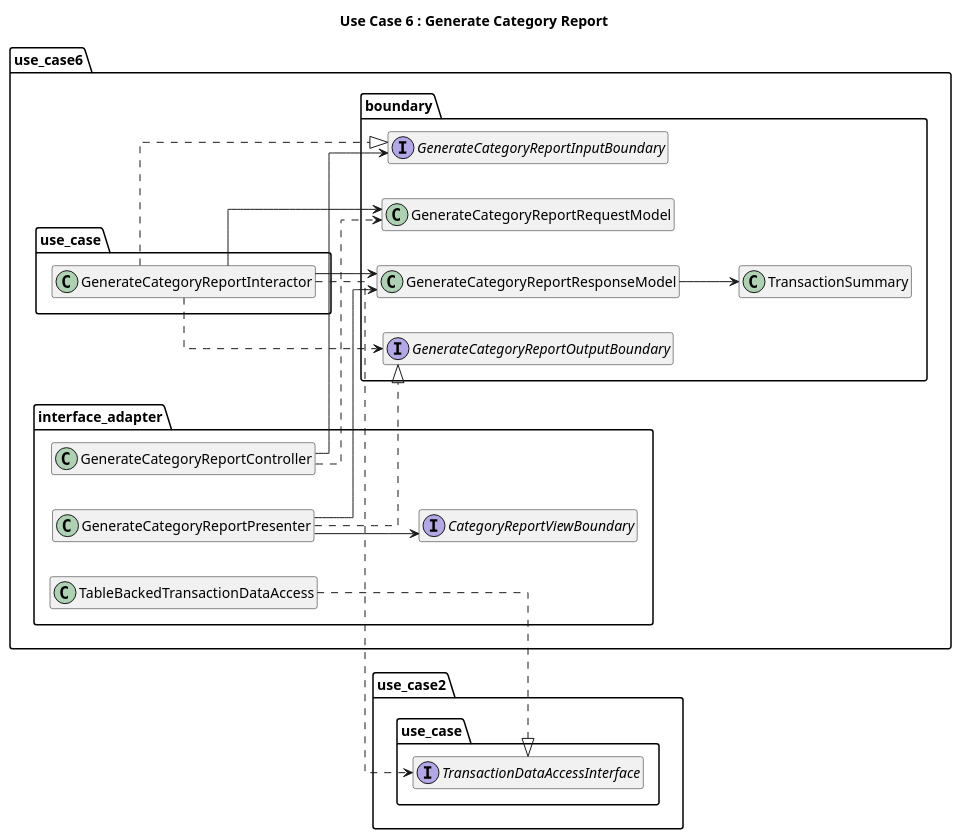
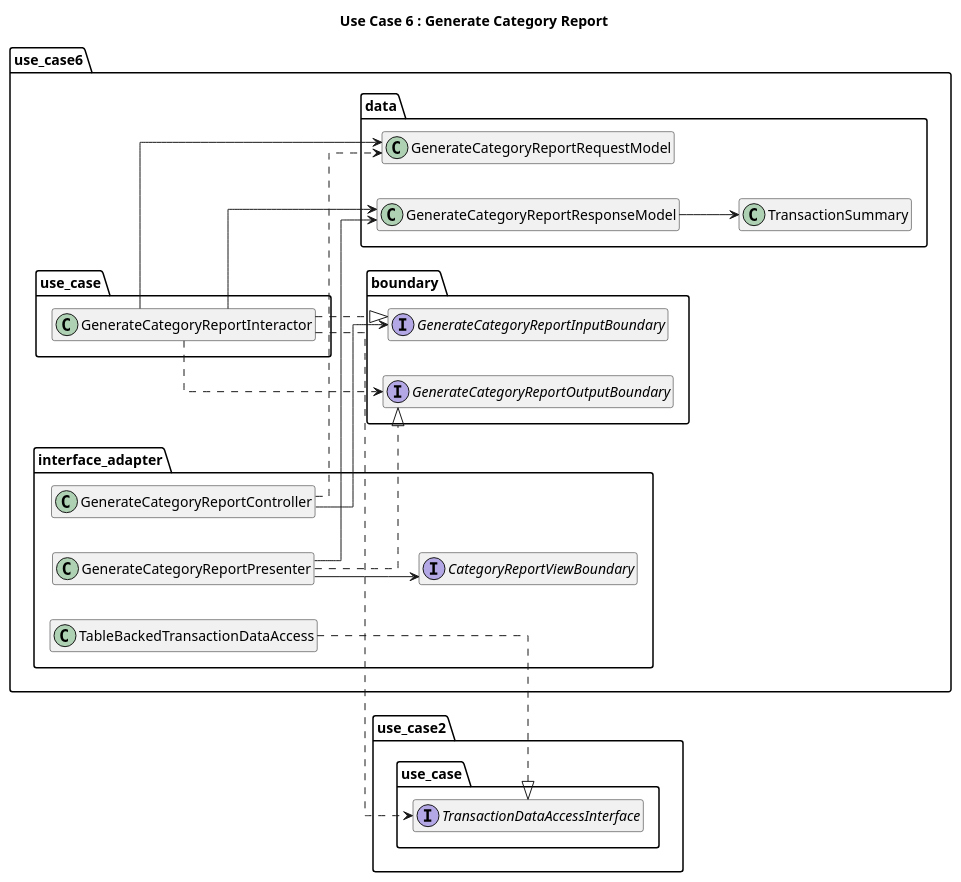
One commit to Cynthiazhu1003/team-project changed the diagram in src/docs/uml/use_case6_class_diagram.puml. Above: the diagram before and after it, drawn with PlantUML. The commit also changed 9 other files, not shown here.

```diff
--- a/src/docs/uml/use_case6_class_diagram.puml
+++ b/src/docs/uml/use_case6_class_diagram.puml
@@ -1,155 +1,159 @@
 @startuml use_case6_generate_category_report
 title Use Case 6 : Generate Category Report
-hide methods          
-hide fields         
+hide methods
+hide fields
 skinparam linetype ortho
 left to right direction
 
 ' ===== External dependency (from use_case2) =====
 package "use_case2.use_case" {
   interface TransactionDataAccessInterface {
     +save(t: Transaction)
     +getAllTransactions()
     +update(t: Transaction)
     +delete(t: Transaction)
     +deleteByIndex(index: int)
   }
 }
 
 ' ===== use_case6.boundary =====
 package "use_case6.boundary" {
 
   interface GenerateCategoryReportInputBoundary {
     +generateReport(requestModel: GenerateCategoryReportRequestModel)
   }
 
   interface GenerateCategoryReportOutputBoundary {
     +present(responseModel: GenerateCategoryReportResponseModel)
     +presentError(message: String)
   }
+}
+
+' ===== use_case6.data =====
+package "use_case6.data" {
 
   class GenerateCategoryReportRequestModel {
     -category: String
     -daysBack: int
     -today: LocalDate
 
     +GenerateCategoryReportRequestModel(category: String, daysBack: int, today: LocalDate)
     +getCategory(): String
     +getDaysBack(): int
     +getToday(): LocalDate
   }
 
   class GenerateCategoryReportResponseModel {
     -category: String
     -startDate: LocalDate
     -endDate: LocalDate
     -totalAmount: double
     -transactionCount: int
     -transactions: List
 
     +GenerateCategoryReportResponseModel(
       category: String,
       startDate: LocalDate,
       endDate: LocalDate,
       totalAmount: double,
       transactionCount: int,
       transactions: List
     )
 
     +getCategory(): String
     +getStartDate(): LocalDate
     +getEndDate(): LocalDate
     +getTotalAmount(): double
     +getTransactionCount(): int
     +getTransactions(): List
   }
 
   class TransactionSummary {
     -date: LocalDate
     -description: String
     -amount: double
 
     +TransactionSummary(date: LocalDate, description: String, amount: double)
     +getDate(): LocalDate
     +getDescription(): String
     +getAmount(): double
   }
 }
 
 ' ===== use_case6.use_case =====
 package "use_case6.use_case" {
 
   class GenerateCategoryReportInteractor {
     -transactionGateway: TransactionDataAccessInterface
     -presenter: GenerateCategoryReportOutputBoundary
 
     +GenerateCategoryReportInteractor(
       transactionGateway: TransactionDataAccessInterface,
       presenter: GenerateCategoryReportOutputBoundary
     )
 
     +generateReport(requestModel: GenerateCategoryReportRequestModel)
   }
 
   GenerateCategoryReportInteractor ..|> GenerateCategoryReportInputBoundary
 }
 
 ' ===== use_case6.interface_adapter =====
 package "use_case6.interface_adapter" {
 
   interface CategoryReportViewBoundary {
     +showReport(responseModel: GenerateCategoryReportResponseModel)
     +showError(message: String)
   }
 
   class GenerateCategoryReportController {
     -interactor: GenerateCategoryReportInputBoundary
 
     +GenerateCategoryReportController(interactor: GenerateCategoryReportInputBoundary)
     +generate(category: String, daysBack: int)
   }
 
   class GenerateCategoryReportPresenter {
     -view: CategoryReportViewBoundary
 
     +GenerateCategoryReportPresenter(view: CategoryReportViewBoundary)
     +present(responseModel: GenerateCategoryReportResponseModel)
     +presentError(message: String)
   }
 
   class TableBackedTransactionDataAccess {
     -transactionTable: JTable
 
     +TableBackedTransactionDataAccess(transactionTable: JTable)
     +save(t: Transaction)
     +getAllTransactions()
     +update(t: Transaction)
     +delete(t: Transaction)
     +deleteByIndex(index: int)
     -parseUiDate(dateString: String): LocalDate
   }
 
   GenerateCategoryReportPresenter ..|> GenerateCategoryReportOutputBoundary
   TableBackedTransactionDataAccess ..|> TransactionDataAccessInterface
 }
 
 ' ===== Relationships between classes =====
 
-' Interactor <-> boundary models
+' Interactor <-> data models
 GenerateCategoryReportInteractor --> GenerateCategoryReportRequestModel
 GenerateCategoryReportInteractor --> GenerateCategoryReportResponseModel
 GenerateCategoryReportResponseModel --> TransactionSummary
 
 ' Interactor depends on gateway + presenter
 GenerateCategoryReportInteractor ..> TransactionDataAccessInterface
 GenerateCategoryReportInteractor ..> GenerateCategoryReportOutputBoundary
 
 ' Controller uses input boundary + request model
 GenerateCategoryReportController --> GenerateCategoryReportInputBoundary
 GenerateCategoryReportController ..> GenerateCategoryReportRequestModel
 
 ' Presenter talks to view and response model
 GenerateCategoryReportPresenter --> CategoryReportViewBoundary
 GenerateCategoryReportPresenter --> GenerateCategoryReportResponseModel
 
 @enduml
```
